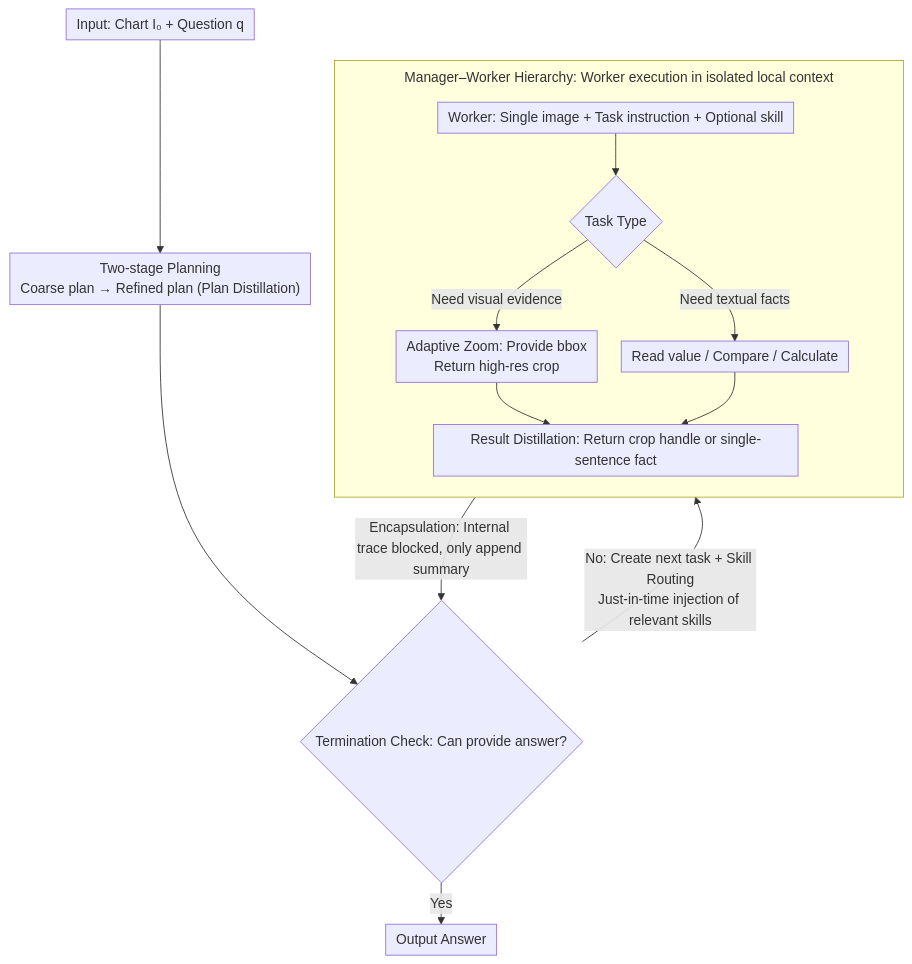
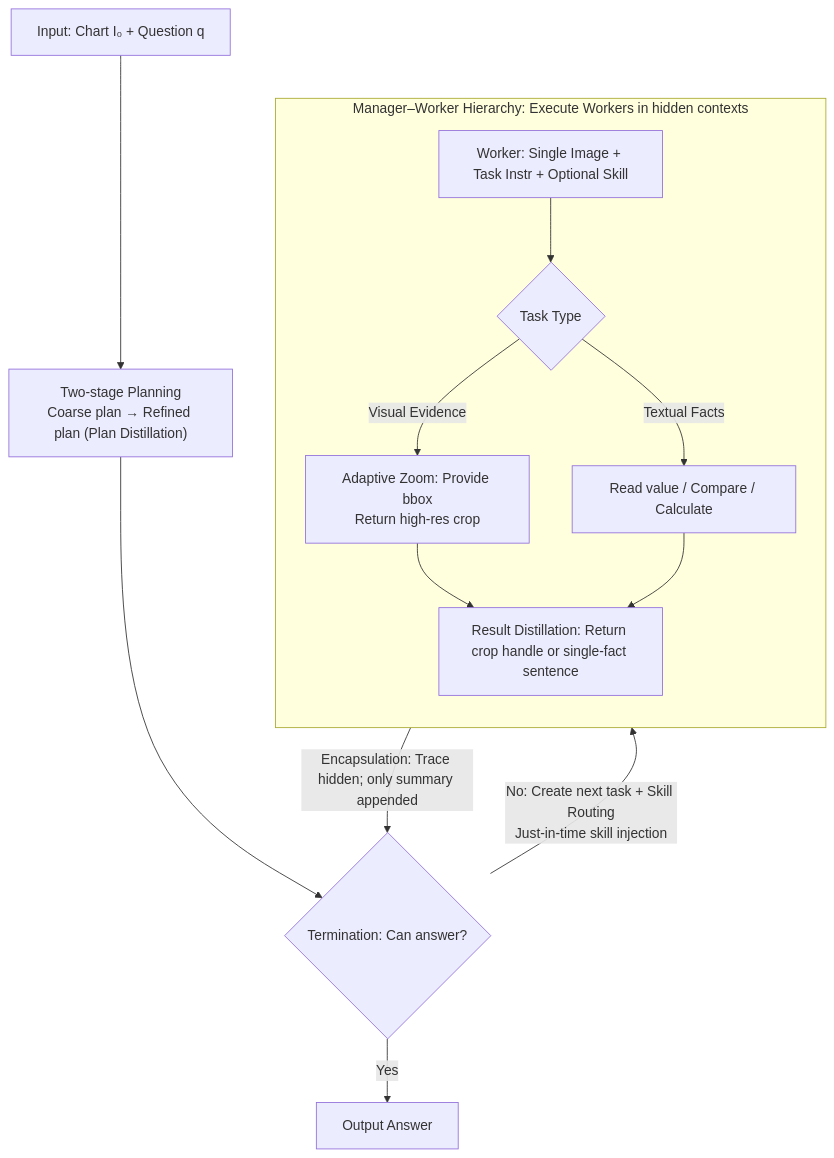
Before and after one commit to zhaoyang97/Paper-Notes-en: the diagram in docs/ACL2026/vlm_reasoning/hierarchical_visual_agent_managing_contexts_in_joint_image-text_space_for_advanc.md, drawn with Mermaid. The commit also changed other lines of this file and 5084 other files, not shown here.

````diff
--- a/docs/ACL2026/vlm_reasoning/hierarchical_visual_agent_managing_contexts_in_joint_image-text_space_for_advanc.md
+++ b/docs/ACL2026/vlm_reasoning/hierarchical_visual_agent_managing_contexts_in_joint_image-text_space_for_advanc.md
@@ -50,17 +50,16 @@
 ```mermaid
-%%{init: {'flowchart': {'rankSpacing': 24, 'nodeSpacing': 28, 'padding': 6, 'wrappingWidth': 400, 'subGraphTitleMargin': {'top': 8, 'bottom': 16}}}}%%
 flowchart TD
     A["Input: Chart I₀ + Question q"] --> B["Two-stage Planning<br/>Coarse plan → Refined plan (Plan Distillation)"]
-    B --> C{"Termination Check: Can provide answer?"}
+    B --> C{"Termination: Can answer?"}
     C -->|"Yes"| Z["Output Answer"]
-    C -->|"No: Create next task + Skill Routing<br/>Just-in-time injection of relevant skills"| W
-    subgraph W["Manager–Worker Hierarchy: Worker execution in isolated local context"]
+    C -->|"No: Create next task + Skill Routing<br/>Just-in-time skill injection"| W
+    subgraph W["Manager–Worker Hierarchy: Execute Workers in hidden contexts"]
         direction TB
-        D["Worker: Single image + Task instruction + Optional skill"] --> F{"Task Type"}
-        F -->|"Need visual evidence"| G["Adaptive Zoom: Provide bbox<br/>Return high-res crop"]
-        F -->|"Need textual facts"| H["Read value / Compare / Calculate"]
-        G --> I["Result Distillation: Return crop handle or single-sentence fact"]
+        D["Worker: Single Image + Task Instr + Optional Skill"] --> F{"Task Type"}
+        F -->|"Visual Evidence"| G["Adaptive Zoom: Provide bbox<br/>Return high-res crop"]
+        F -->|"Textual Facts"| H["Read value / Compare / Calculate"]
+        G --> I["Result Distillation: Return crop handle or single-fact sentence"]
         H --> I
     end
-    W -->|"Encapsulation: Internal trace blocked, only append summary"| C
+    W -->|"Encapsulation: Trace hidden; only summary appended"| C
 ```
````
